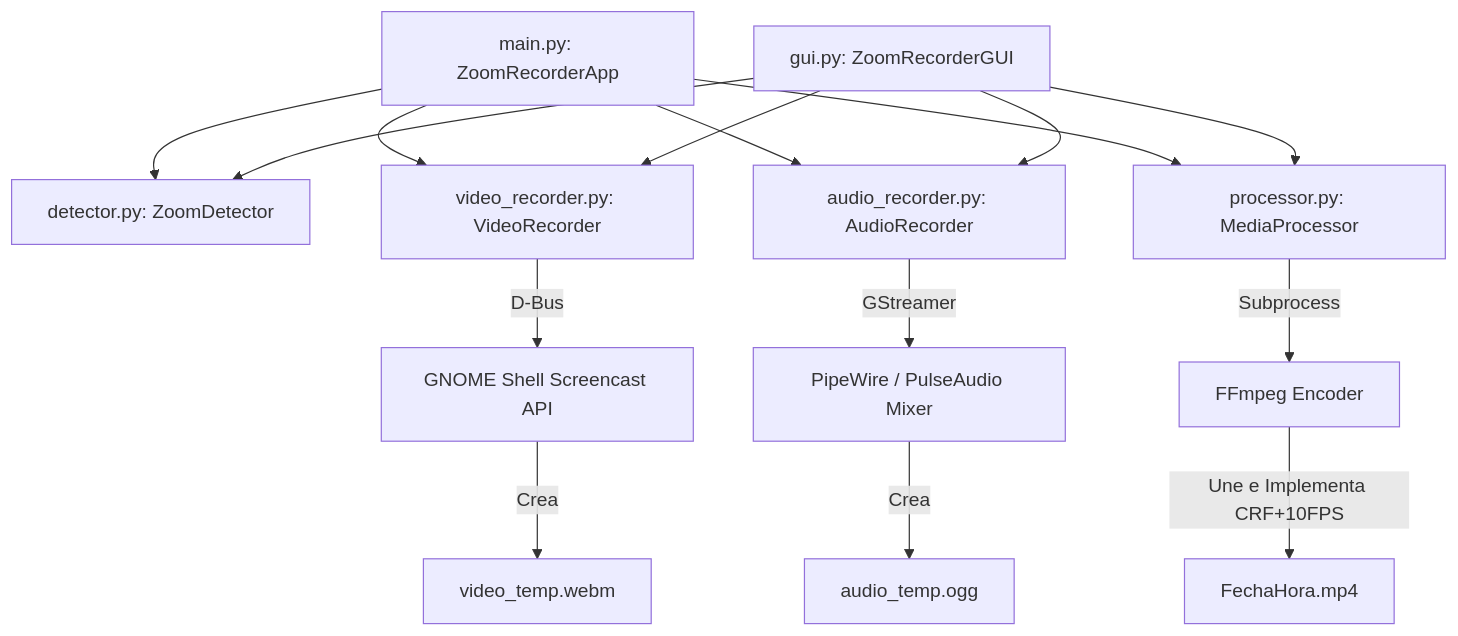
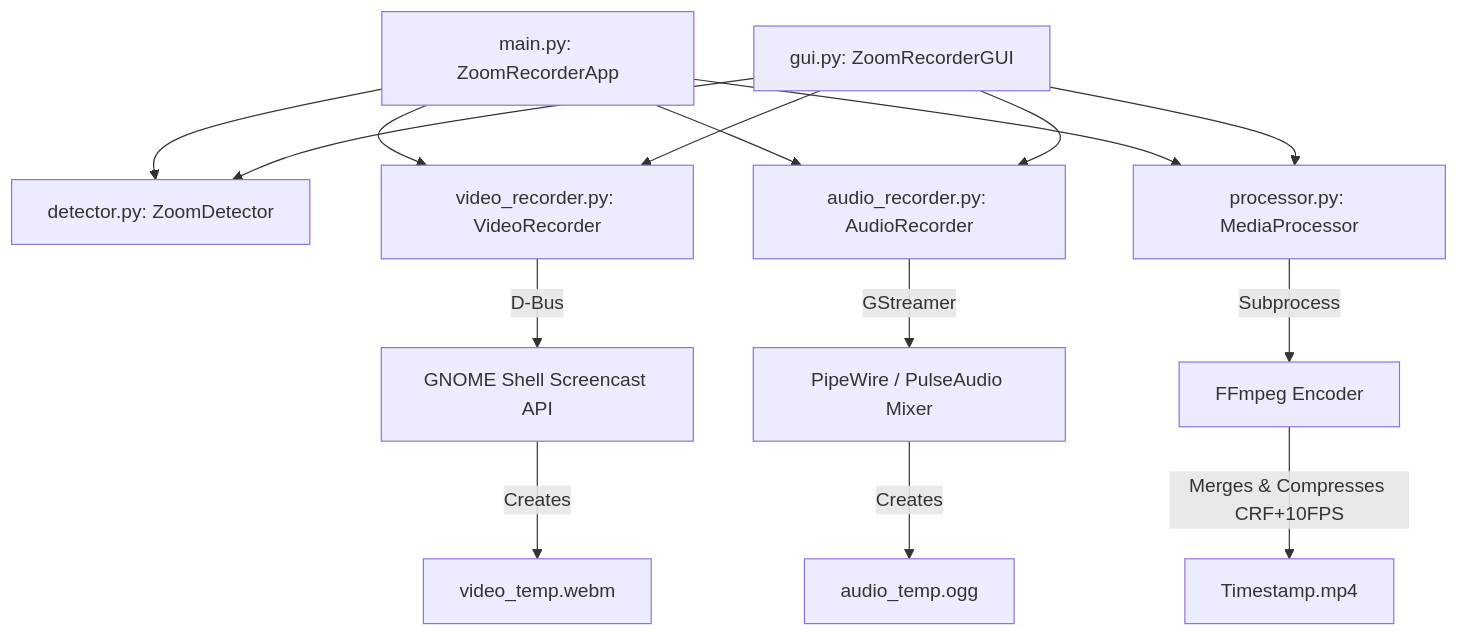
Before and after one commit to oredondo/gnome-wayland-screen-recorder: the diagram in PROYECTO.md, drawn with Mermaid. The commit also changed other lines of this file and 8 other files, not shown here.

````diff
--- a/PROYECTO.md
+++ b/PROYECTO.md
@@ -42,21 +41,20 @@
 ```mermaid
 graph TD
     A1[main.py: ZoomRecorderApp] --> B[detector.py: ZoomDetector]
     A1 --> C[video_recorder.py: VideoRecorder]
     A1 --> D[audio_recorder.py: AudioRecorder]
     A1 --> E[processor.py: MediaProcessor]
     
     A2[gui.py: ZoomRecorderGUI] --> B
     A2 --> C
     A2 --> D
     A2 --> E
     
-    C -->|D-Bus | F[GNOME Shell Screencast API]
+    C -->|D-Bus| F[GNOME Shell Screencast API]
     D -->|GStreamer| G[PipeWire / PulseAudio Mixer]
     E -->|Subprocess| H[FFmpeg Encoder]
     
-    F -->|Crea| I[video_temp.webm]
-    G -->|Crea| J[audio_temp.ogg]
-    H -->|Une e Implementa CRF+10FPS| K[FechaHora.mp4]
-
+    F -->|Creates| I[video_temp.webm]
+    G -->|Creates| J[audio_temp.ogg]
+    H -->|Merges & Compresses CRF+10FPS| K[Timestamp.mp4]
 ```
````
